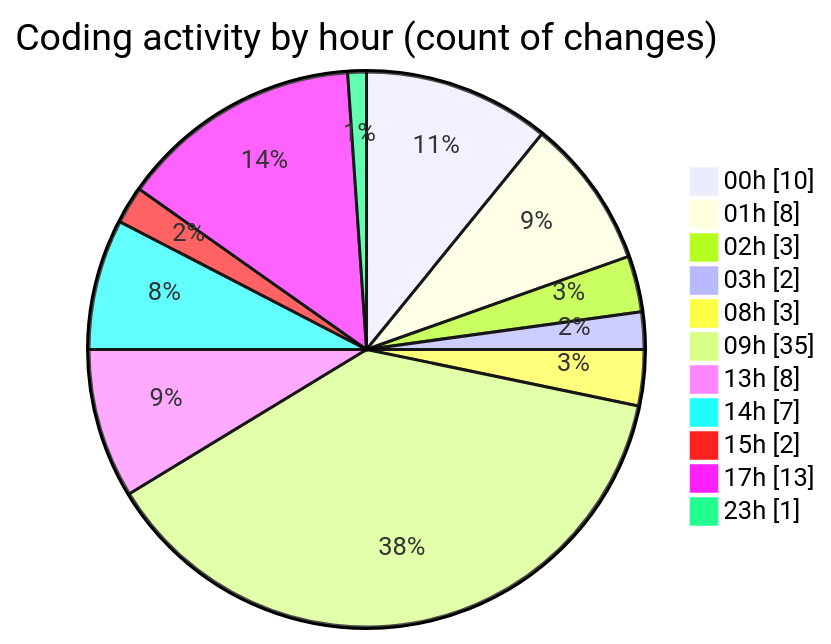
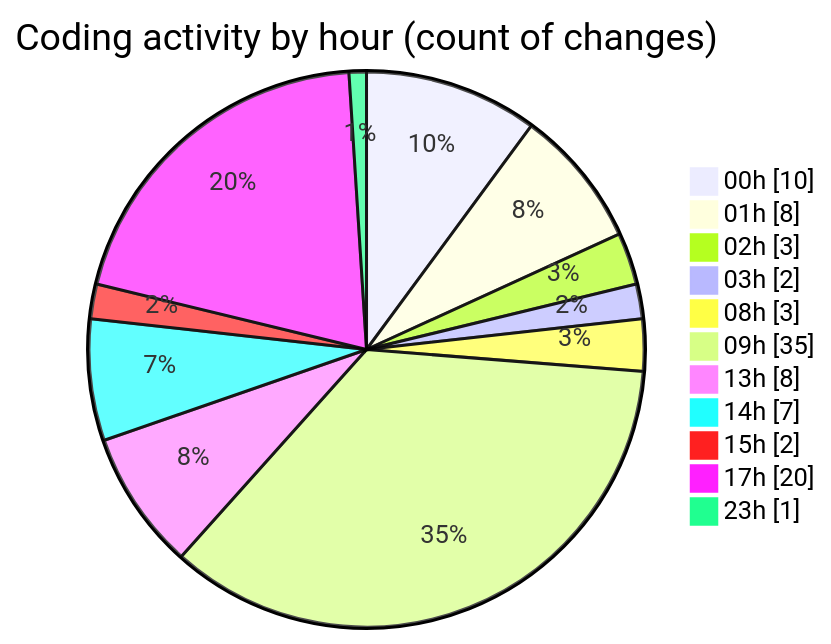
Before and after one commit to tmsrecording-cyber/code-tracking: the second of 2 diagrams in 2026-02-09/singularitybrainai/README.md, drawn with Mermaid. The commit also changed other lines of this file and 1 other file, not shown here.

````diff
--- a/2026-02-09/singularitybrainai/README.md
+++ b/2026-02-09/singularitybrainai/README.md
@@ -39,15 +42,15 @@
 ```mermaid
 pie showData
 title Coding activity by hour (count of changes)
 "00h" : 10
 "01h" : 8
 "02h" : 3
 "03h" : 2
 "08h" : 3
 "09h" : 35
 "13h" : 8
 "14h" : 7
 "15h" : 2
-"17h" : 13
+"17h" : 20
 "23h" : 1
 ```
````
